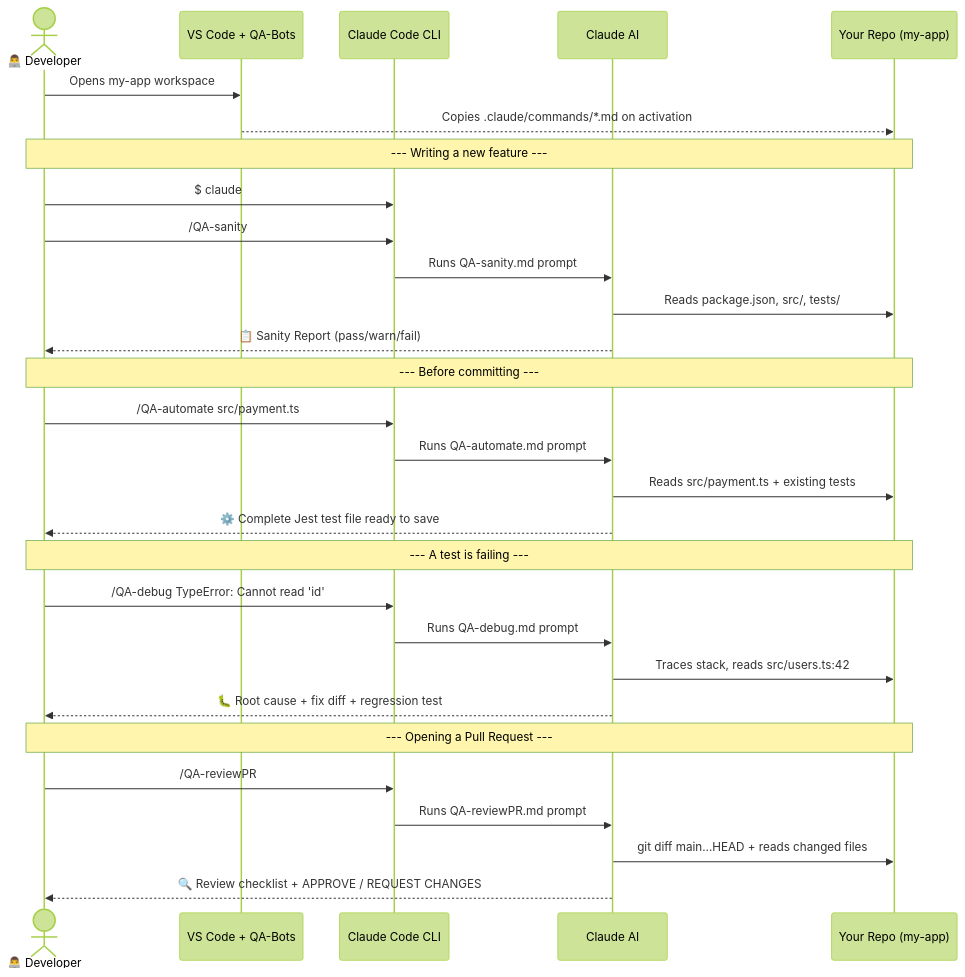
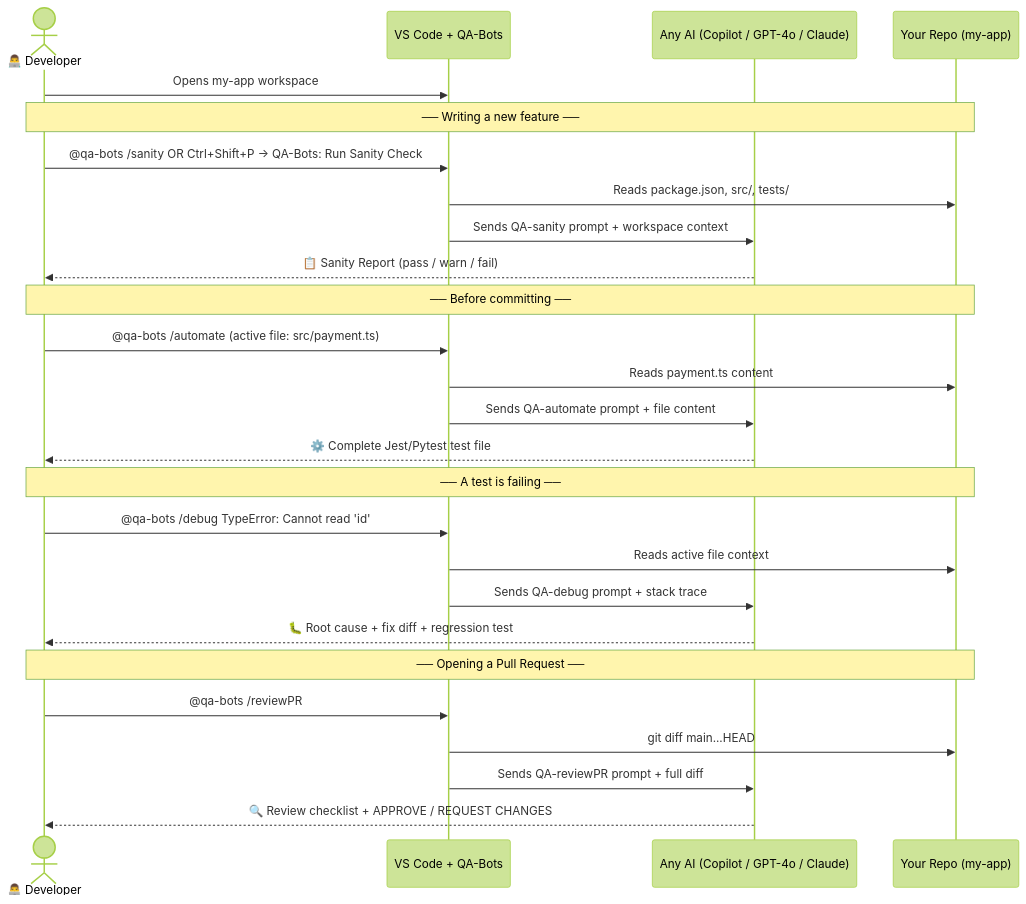
Before and after one commit to mredzmi/RobotBDD: the fifth of 5 diagrams in README.md, drawn with Mermaid (forest theme). The commit also changed other lines of this file and 4 other files, not shown here.

First line of the commit message:
feat: add any-AI support — VS Code LM API, OpenAI, and Claude Code backends

````diff
--- a/README.md
+++ b/README.md
@@ -122,40 +134,37 @@
 ```mermaid
 sequenceDiagram
     actor Dev as 👨‍💻 Developer
     participant VSC as VS Code + QA-Bots
-    participant CC as Claude Code CLI
-    participant AI as Claude AI
+    participant AI as Any AI (Copilot / GPT-4o / Claude)
     participant Repo as Your Repo (my-app)
 
     Dev->>VSC: Opens my-app workspace
-    VSC-->>Repo: Copies .claude/commands/*.md on activation
 
-    Note over Dev,Repo: --- Writing a new feature ---
+    Note over Dev,Repo: ── Writing a new feature ──
 
-    Dev->>CC: $ claude
-    Dev->>CC: /QA-sanity
-    CC->>AI: Runs QA-sanity.md prompt
-    AI->>Repo: Reads package.json, src/, tests/
-    AI-->>Dev: 📋 Sanity Report (pass/warn/fail)
+    Dev->>VSC: @qa-bots /sanity  OR  Ctrl+Shift+P → QA-Bots: Run Sanity Check
+    VSC->>Repo: Reads package.json, src/, tests/
+    VSC->>AI: Sends QA-sanity prompt + workspace context
+    AI-->>Dev: 📋 Sanity Report (pass / warn / fail)
 
-    Note over Dev,Repo: --- Before committing ---
+    Note over Dev,Repo: ── Before committing ──
 
-    Dev->>CC: /QA-automate src/payment.ts
-    CC->>AI: Runs QA-automate.md prompt
-    AI->>Repo: Reads src/payment.ts + existing tests
-    AI-->>Dev: ⚙️ Complete Jest test file ready to save
+    Dev->>VSC: @qa-bots /automate  (active file: src/payment.ts)
+    VSC->>Repo: Reads payment.ts content
+    VSC->>AI: Sends QA-automate prompt + file content
+    AI-->>Dev: ⚙️ Complete Jest/Pytest test file
 
-    Note over Dev,Repo: --- A test is failing ---
+    Note over Dev,Repo: ── A test is failing ──
 
-    Dev->>CC: /QA-debug TypeError: Cannot read 'id'
-    CC->>AI: Runs QA-debug.md prompt
-    AI->>Repo: Traces stack, reads src/users.ts:42
+    Dev->>VSC: @qa-bots /debug TypeError: Cannot read 'id'
+    VSC->>Repo: Reads active file context
+    VSC->>AI: Sends QA-debug prompt + stack trace
     AI-->>Dev: 🐛 Root cause + fix diff + regression test
 
-    Note over Dev,Repo: --- Opening a Pull Request ---
+    Note over Dev,Repo: ── Opening a Pull Request ──
 
-    Dev->>CC: /QA-reviewPR
-    CC->>AI: Runs QA-reviewPR.md prompt
-    AI->>Repo: git diff main...HEAD + reads changed files
+    Dev->>VSC: @qa-bots /reviewPR
+    VSC->>Repo: git diff main...HEAD
+    VSC->>AI: Sends QA-reviewPR prompt + full diff
     AI-->>Dev: 🔍 Review checklist + APPROVE / REQUEST CHANGES
 ```
````
